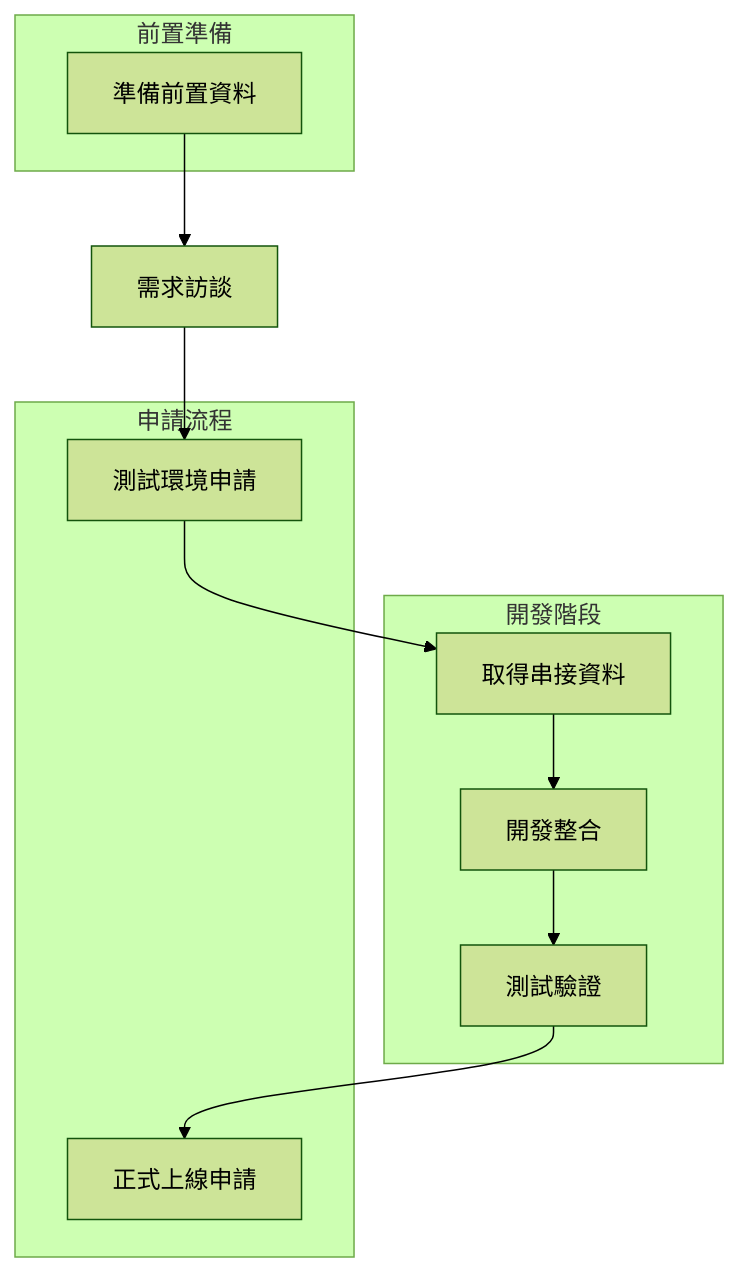
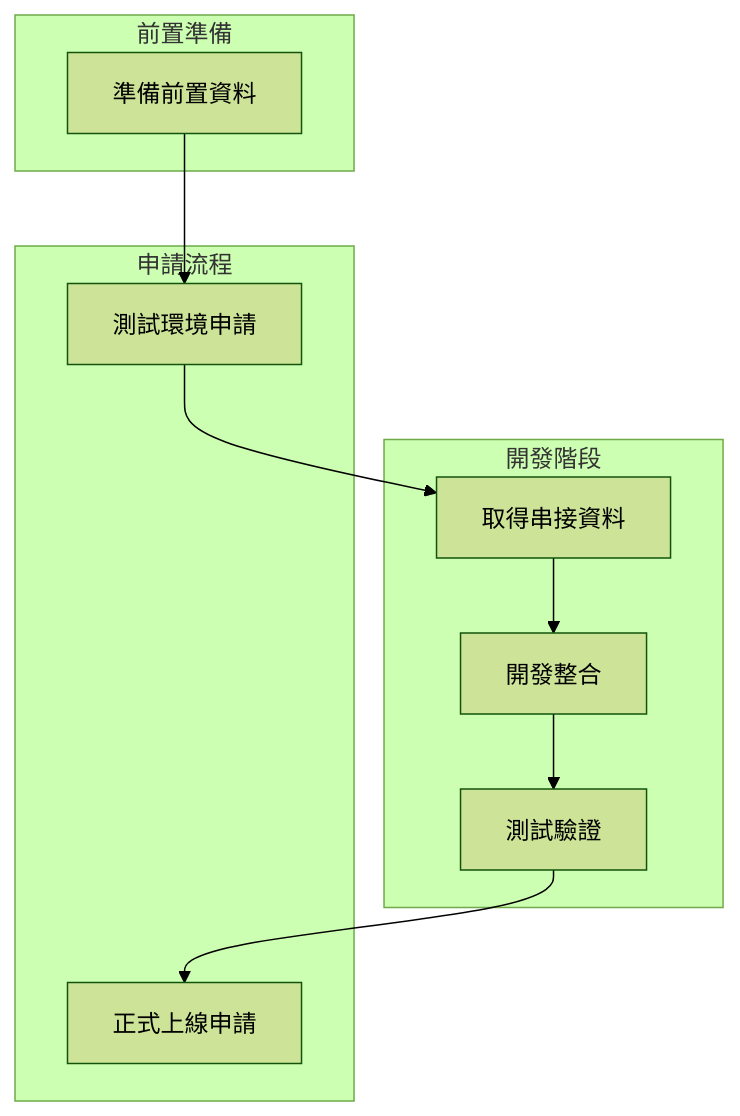
Before and after one commit to Vinskao/keycloak-client-demo: the first of 4 diagrams in README.md, drawn with Mermaid (forest theme). The commit also changed other lines of this file and 3 other files, not shown here.

````diff
--- a/README.md
+++ b/README.md
@@ -42,24 +6,23 @@
 ```mermaid
 graph TD
-    A[準備前置資料] --> B[需求訪談]
-    B --> C[測試環境申請]
+    A[準備前置資料] --> C[測試環境申請]
     C --> D[取得串接資料]
     D --> E[開發整合]
     E --> F[測試驗證]
     F --> G[正式上線申請]
     
     subgraph 前置準備
     A
     end
     
     subgraph 開發階段
     D
     E
     F
     end
     
     subgraph 申請流程
     C
     G
     end
 ```
````
